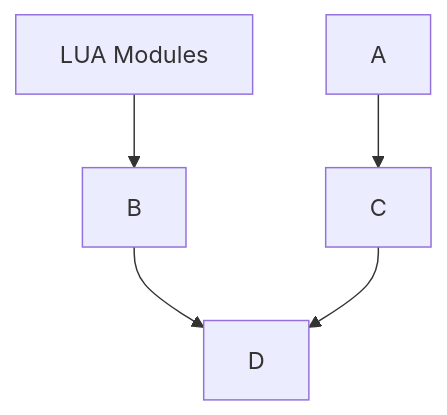
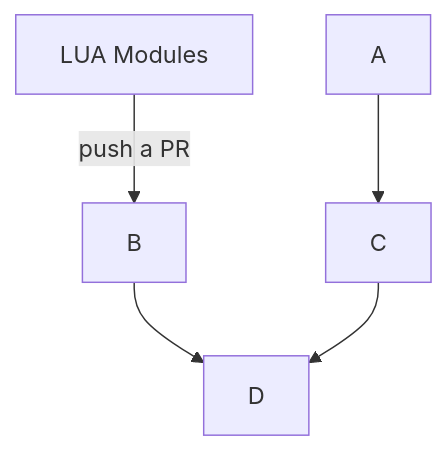
The first of 2 diagrams in README.md (chronosphereio/calyptia-core-product-release), drawn with Mermaid before and after one commit.

Commit message:
docs: add test image

````diff
--- a/README.md
+++ b/README.md
@@ -11,7 +11,7 @@
 ```mermaid
 graph TD;
-    LM[LUA Modules]-->B;
+    LM[LUA Modules]-- push a PR -->B;
     A-->C;
     B-->D;
     C-->D;
 ```
````
